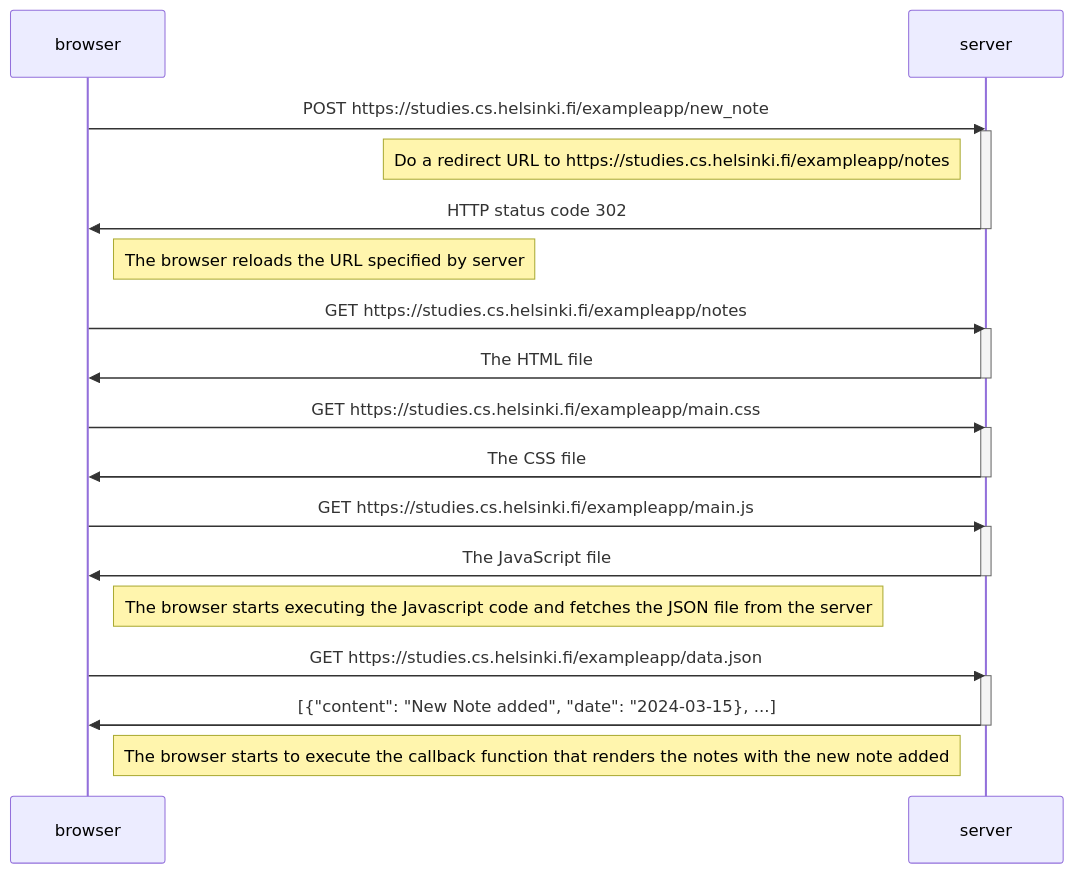
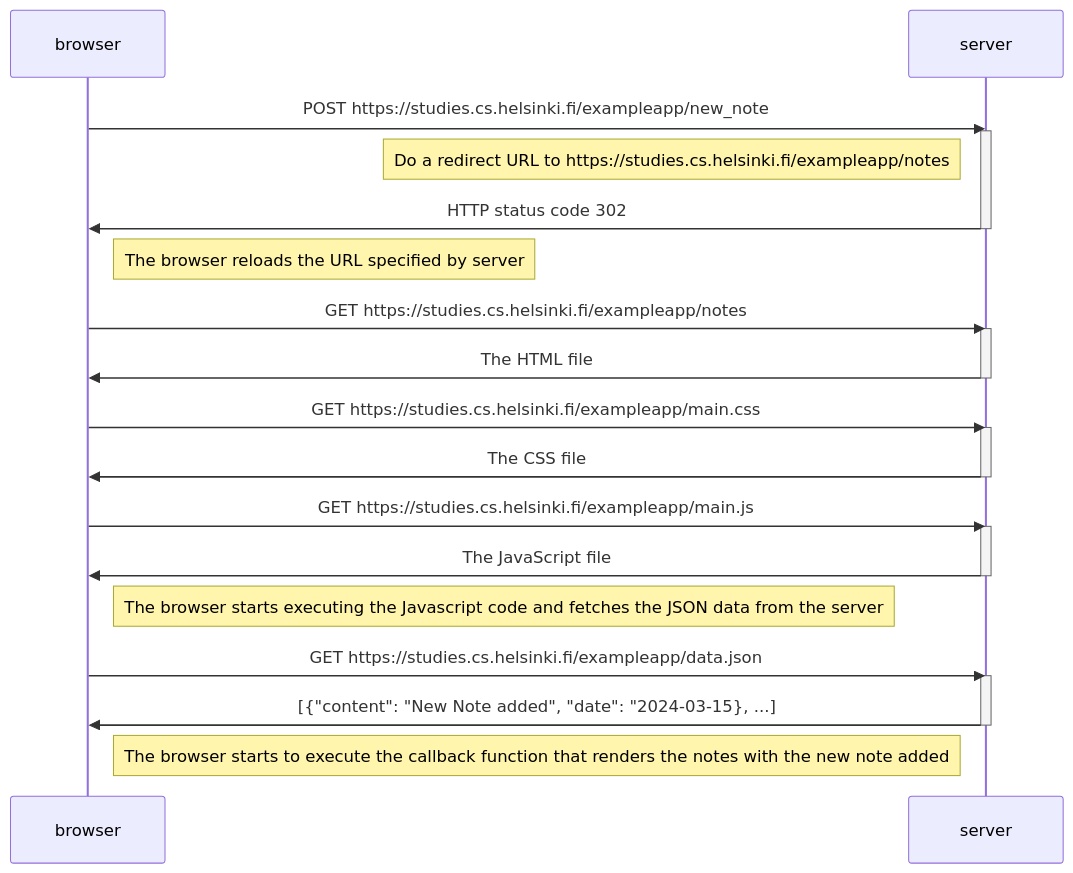
One commit to anceldev/fullStackOpen changed the diagram in part0/0.4-Nuevo-diagrama-de-nota.md. Above: the diagram before and after it, drawn with Mermaid.

Commit message:
part0-0.4.1

````diff
--- a/part0/0.4-Nuevo-diagrama-de-nota.md
+++ b/part0/0.4-Nuevo-diagrama-de-nota.md
@@ -1,38 +1,38 @@
 ```mermaid
 sequenceDiagram
   participant browser
   participant server
 
   browser->>server: POST https://studies.cs.helsinki.fi/exampleapp/new_note
   activate server
   Note left of server: Do a redirect URL to https://studies.cs.helsinki.fi/exampleapp/notes
   server->>browser: HTTP status code 302
   deactivate server
 
   Note right of browser: The browser reloads the URL specified by server
 
   browser->>server: GET https://studies.cs.helsinki.fi/exampleapp/notes
   activate server
   server->>browser: The HTML file
   deactivate server
 
   browser->>server: GET https://studies.cs.helsinki.fi/exampleapp/main.css
   activate server
   server->>browser: The CSS file
   deactivate server
 
   browser->>server: GET https://studies.cs.helsinki.fi/exampleapp/main.js
   activate server
   server->>browser: The JavaScript file
   deactivate server
 
-  Note right of browser: The browser starts executing the Javascript code and fetches the JSON file from the server
+  Note right of browser: The browser starts executing the Javascript code and fetches the JSON data from the server
 
   browser->>server: GET https://studies.cs.helsinki.fi/exampleapp/data.json
   activate server
   server->>browser: [{"content": "New Note added", "date": "2024-03-15}, ...]
   deactivate server
 
   Note right of browser: The browser starts to execute the callback function that renders the notes with the new note added
 
 ```
````
